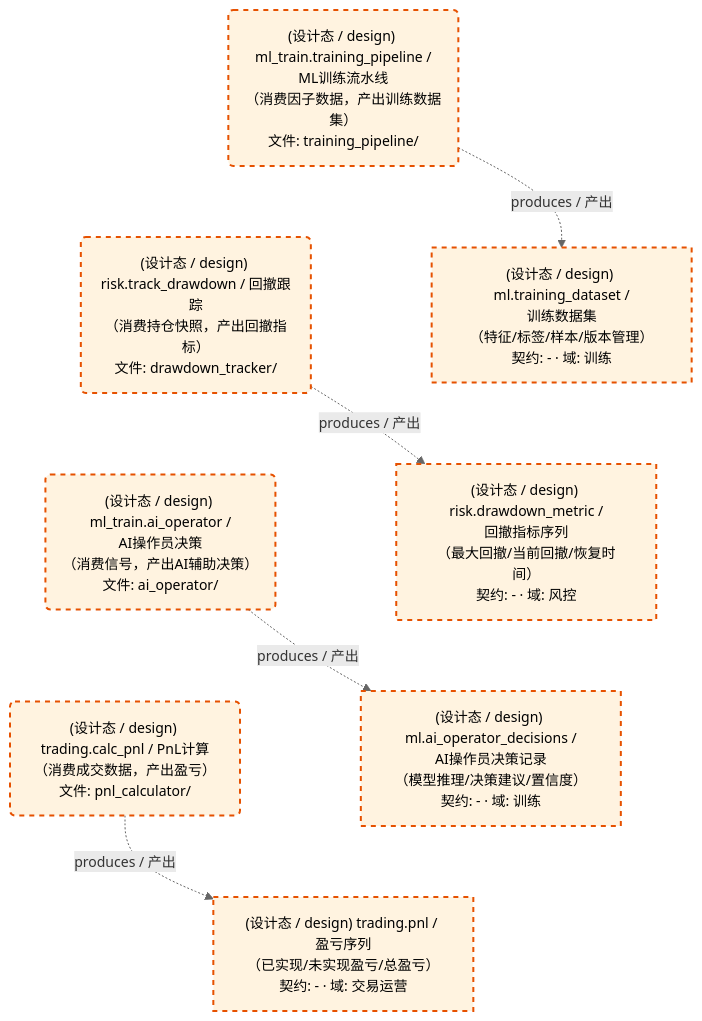
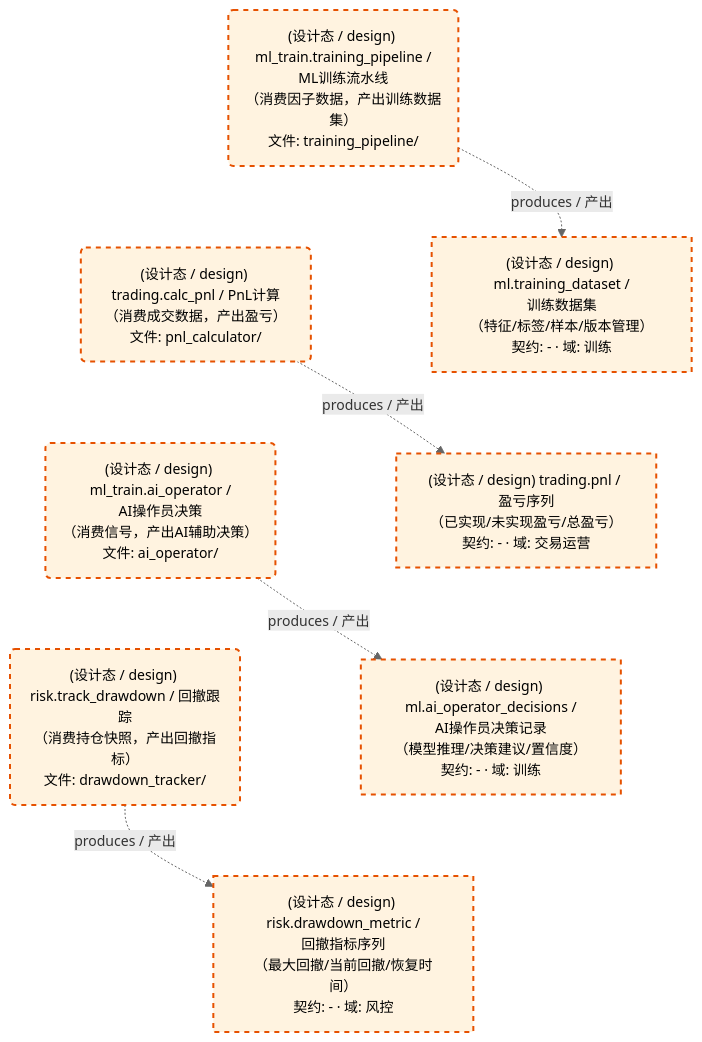
The third of 3 diagrams in docs/02_enterprise_architecture/05_dataflow_architecture/d_others.md (xuanFelixVan/ZephyrAlpha), drawn with Mermaid before and after one commit. The commit also changed other lines of this file and 173 other files, not shown here.

````diff
--- a/docs/02_enterprise_architecture/05_dataflow_architecture/d_others.md
+++ b/docs/02_enterprise_architecture/05_dataflow_architecture/d_others.md
@@ -108,27 +108,27 @@
 ```mermaid
 %%{init: {'theme': 'base', 'themeVariables': {'primaryColor': '#eaeaea', 'primaryTextColor': '#333333', 'primaryBorderColor': '#666666', 'lineColor': '#666666', 'secondaryColor': '#eaeaea', 'tertiaryColor': '#eaeaea', 'clusterBkg': 'transparent', 'clusterBorder': 'transparent', 'fontSize': '14px'}}}%%
 flowchart TD
     DS11271["(设计态 / design) ml.ai_operator_decisions /<br/>AI操作员决策记录<br/>（模型推理/决策建议/置信度）<br/>契约: - · 域: 训练"]
     DS11272["(设计态 / design) ml.training_dataset /<br/>训练数据集<br/>（特征/标签/样本/版本管理）<br/>契约: - · 域: 训练"]
     DS11273["(设计态 / design) risk.drawdown_metric /<br/>回撤指标序列<br/>（最大回撤/当前回撤/恢复时间）<br/>契约: - · 域: 风控"]
     DS11274["(设计态 / design) trading.pnl / 盈亏序列<br/>（已实现/未实现盈亏/总盈亏）<br/>契约: - · 域: 交易运营"]
     JOB757635("(设计态 / design) ml_train.ai_operator /<br/>AI操作员决策<br/>（消费信号，产出AI辅助决策）<br/>文件: ai_operator/")
     JOB757636("(设计态 / design) ml_train.training_pipeline /<br/>ML训练流水线<br/>（消费因子数据，产出训练数据集）<br/>文件: training_pipeline/")
     JOB757637("(设计态 / design) risk.track_drawdown / 回撤跟踪<br/>（消费持仓快照，产出回撤指标）<br/>文件: drawdown_tracker/")
     JOB757638("(设计态 / design) trading.calc_pnl / PnL计算<br/>（消费成交数据，产出盈亏）<br/>文件: pnl_calculator/")
     JOB757635 -.->|produces / 产出| DS11271
     JOB757636 -.->|produces / 产出| DS11272
     JOB757637 -.->|produces / 产出| DS11273
     JOB757638 -.->|produces / 产出| DS11274
-    JOB757636 ~~~ JOB757637
-    JOB757637 ~~~ JOB757635
-    JOB757635 ~~~ JOB757638
-    DS11272 ~~~ DS11273
-    DS11273 ~~~ DS11271
-    DS11271 ~~~ DS11274
+    JOB757636 ~~~ JOB757638
+    JOB757638 ~~~ JOB757635
+    JOB757635 ~~~ JOB757637
+    DS11272 ~~~ DS11274
+    DS11274 ~~~ DS11271
+    DS11271 ~~~ DS11273
     classDef production fill:#e1f5fe,stroke:#01579b,stroke-width:2px,color:#000
     classDef design fill:#fff3e0,stroke:#e65100,stroke-width:2px,color:#000,stroke-dasharray: 5 5
     classDef external_prod fill:#e8f4fd,stroke:#0277bd,stroke-width:1px,color:#000
     classDef external_design fill:#fff8e7,stroke:#ef6c00,stroke-width:1px,color:#000,stroke-dasharray: 5 5
     class DS11271,DS11272,DS11273,DS11274,JOB757635,JOB757636,JOB757637,JOB757638 design
 ```
````
